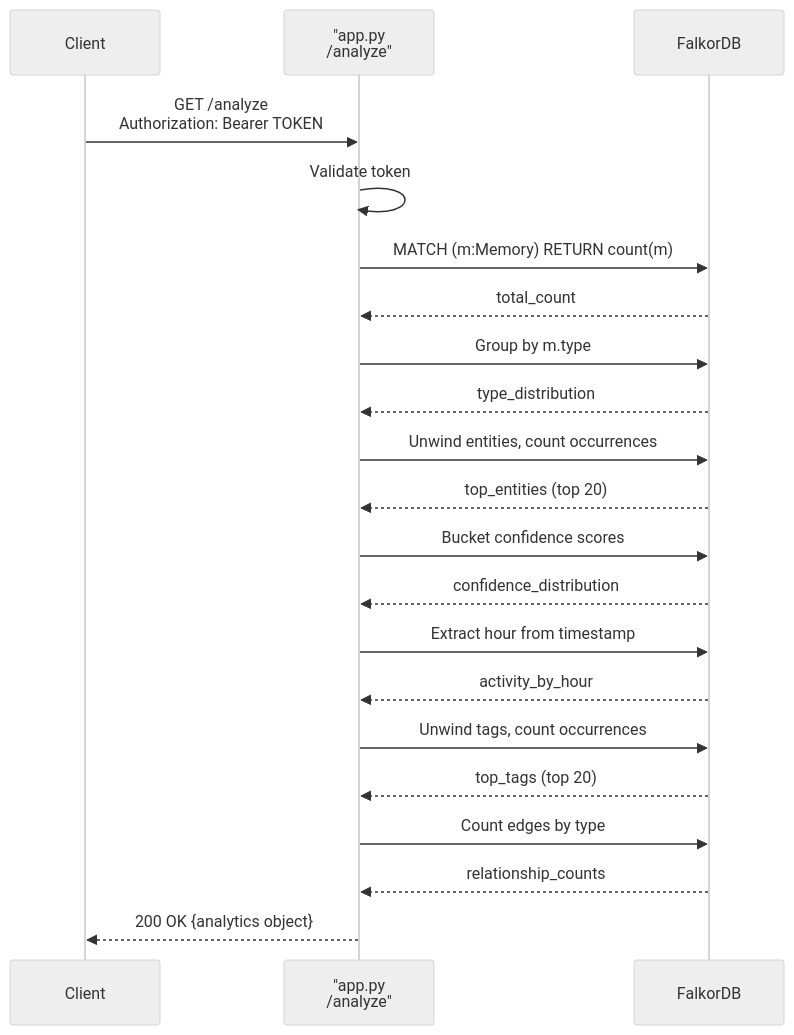
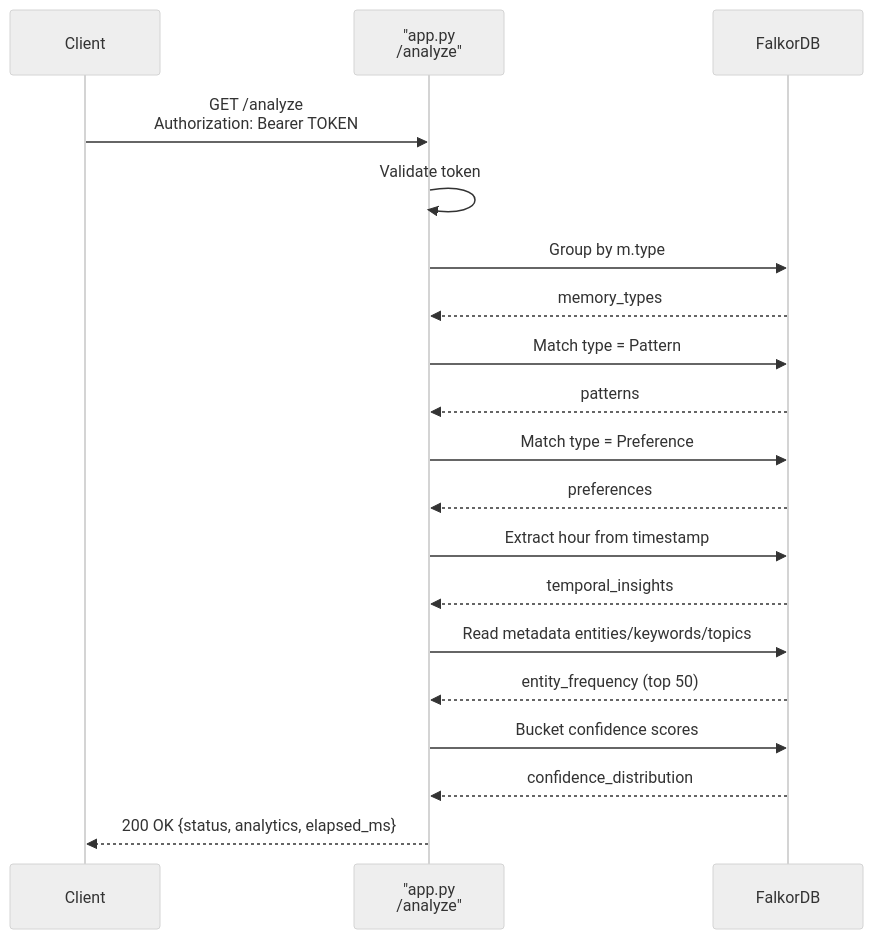
The third of 6 diagrams in src/content/docs/docs/operations/health.md (verygoodplugins/automem-website), drawn with Mermaid (neutral theme) before and after one commit. The commit also changed other lines of this file, not shown here.

````diff
--- a/src/content/docs/docs/operations/health.md
+++ b/src/content/docs/docs/operations/health.md
@@ -269,33 +268,30 @@
 ```mermaid
 sequenceDiagram
     participant Client
     participant API as "app.py<br/>/analyze"
     participant FalkorDB
 
     Client->>API: GET /analyze<br/>Authorization: Bearer TOKEN
 
     API->>API: Validate token
 
-    API->>FalkorDB: MATCH (m:Memory) RETURN count(m)
-    FalkorDB-->>API: total_count
+    API->>FalkorDB: Group by m.type
+    FalkorDB-->>API: memory_types
 
-    API->>FalkorDB: Group by m.type
-    FalkorDB-->>API: type_distribution
+    API->>FalkorDB: Match type = Pattern
+    FalkorDB-->>API: patterns
 
-    API->>FalkorDB: Unwind entities, count occurrences
-    FalkorDB-->>API: top_entities (top 20)
+    API->>FalkorDB: Match type = Preference
+    FalkorDB-->>API: preferences
+
+    API->>FalkorDB: Extract hour from timestamp
+    FalkorDB-->>API: temporal_insights
+
+    API->>FalkorDB: Read metadata entities/keywords/topics
+    FalkorDB-->>API: entity_frequency (top 50)
 
     API->>FalkorDB: Bucket confidence scores
     FalkorDB-->>API: confidence_distribution
 
-    API->>FalkorDB: Extract hour from timestamp
-    FalkorDB-->>API: activity_by_hour
-
-    API->>FalkorDB: Unwind tags, count occurrences
-    FalkorDB-->>API: top_tags (top 20)
-
-    API->>FalkorDB: Count edges by type
-    FalkorDB-->>API: relationship_counts
-
-    API-->>Client: 200 OK {analytics object}
+    API-->>Client: 200 OK {status, analytics, elapsed_ms}
 ```
````
